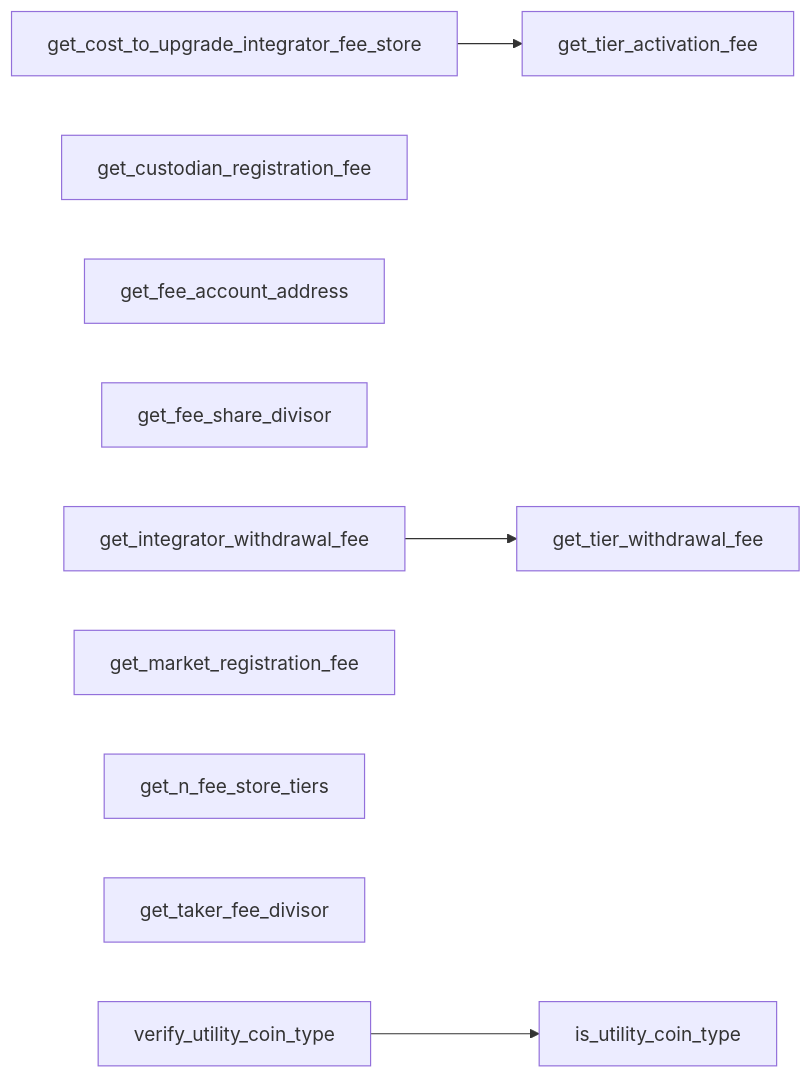
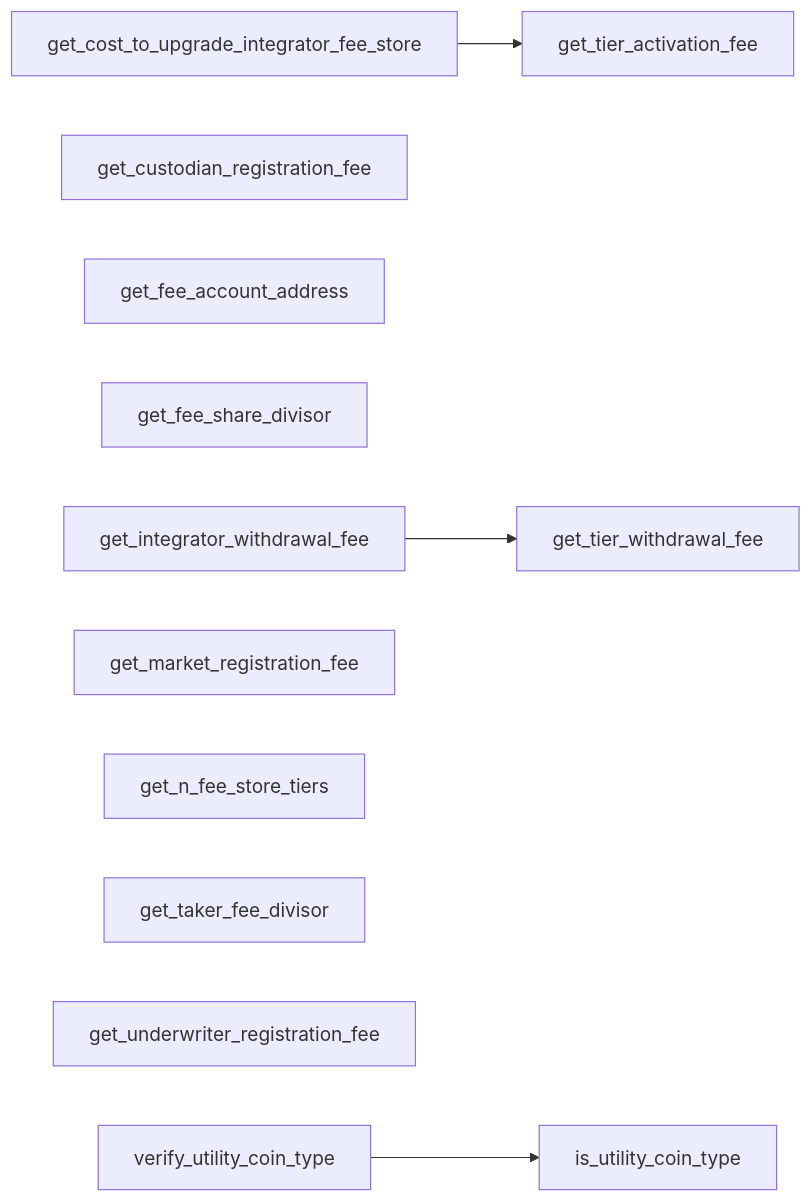
One commit to econia-labs/econia changed the second of 6 diagrams in doc/diagrams/src/modules/incentives.md. Above: the diagram before and after it, drawn with Mermaid. The commit also changed 2 other files, not shown here.

Commit message:
Add underwriter registration fee support

````diff
--- a/doc/diagrams/src/modules/incentives.md
+++ b/doc/diagrams/src/modules/incentives.md
@@ -29,15 +29,16 @@
 ```mermaid
 
 flowchart LR
 
 get_cost_to_upgrade_integrator_fee_store --> get_tier_activation_fee
 get_custodian_registration_fee
 get_fee_account_address
 get_fee_share_divisor
 get_integrator_withdrawal_fee --> get_tier_withdrawal_fee
 get_market_registration_fee
 get_n_fee_store_tiers
 get_taker_fee_divisor
+get_underwriter_registration_fee
 verify_utility_coin_type --> is_utility_coin_type
 
 ```
````
